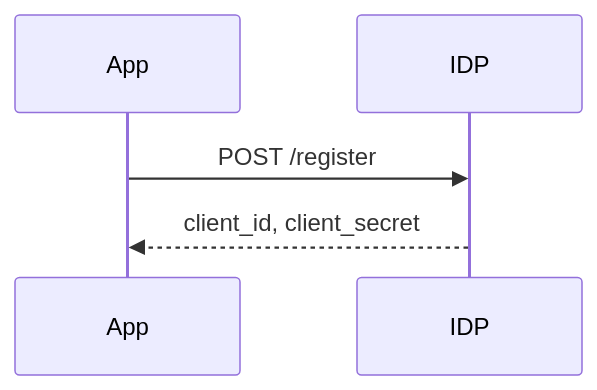
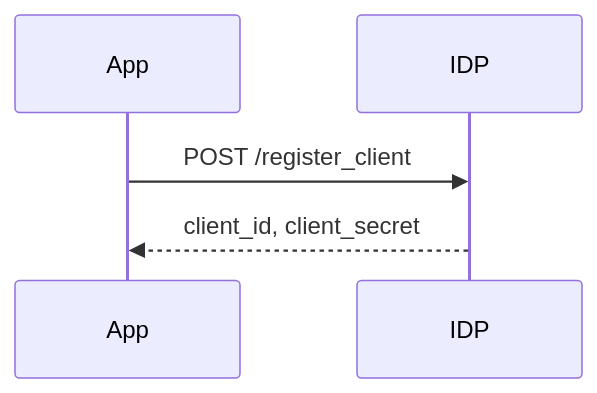
Diagram 14 of 30 in README.md (Devopstrio/identity-landingzone), drawn with Mermaid before and after one commit. The commit also changed other lines of this file, not shown here.

Commit message:
docs: finalize premium institutional-grade README with 30+ diagrams and executive summary

````diff
--- a/README.md
+++ b/README.md
@@ -124,5 +230,5 @@
 ```mermaid
 sequenceDiagram
-    App->>IDP: POST /register
+    App->>IDP: POST /register_client
     IDP-->>App: client_id, client_secret
 ```
````
